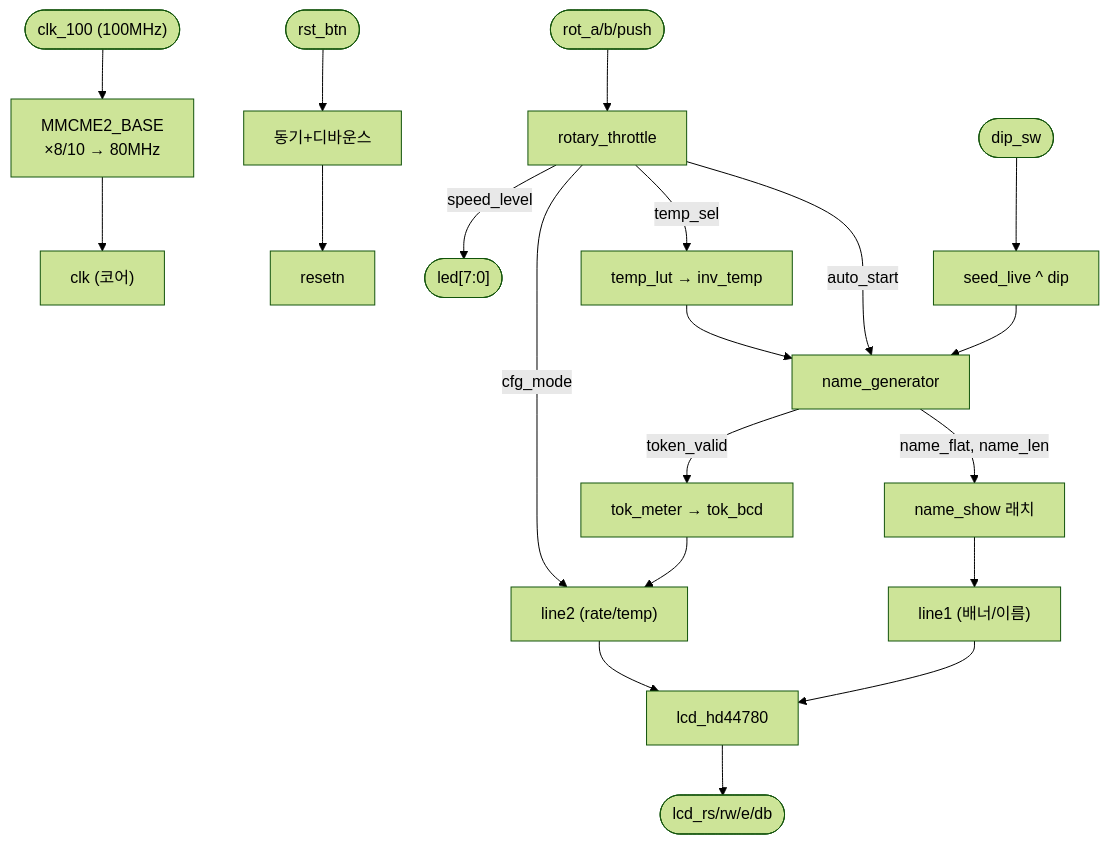
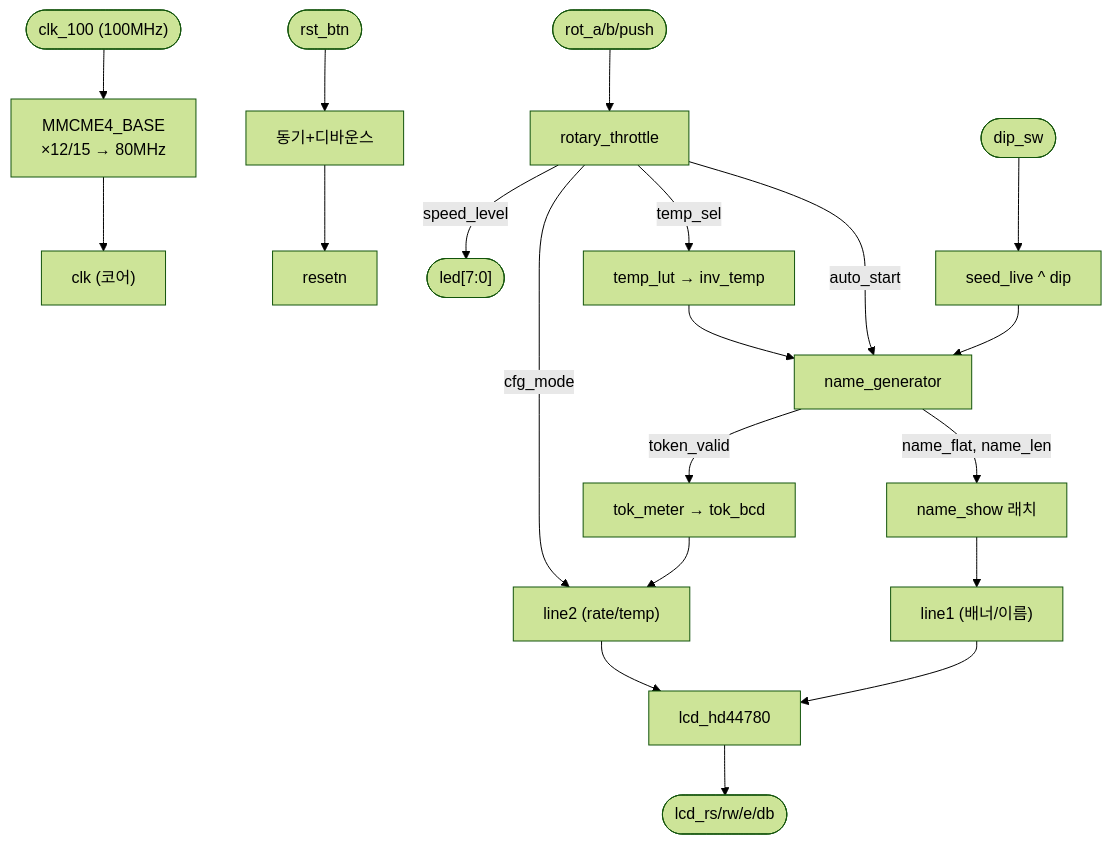
Before and after one commit to chorus96/gateGPT: the diagram in board/xupv5_microgpt_top.sv.kr.md, drawn with Mermaid (forest theme). The commit also changed other lines of this file and 9 other files, not shown here.

First line of the commit message:
Retarget the Vivado flow from Artix-7 to Kria K26 (Zynq UltraScale+)

````diff
--- a/board/xupv5_microgpt_top.sv.kr.md
+++ b/board/xupv5_microgpt_top.sv.kr.md
@@ -17,20 +17,20 @@
 ```mermaid
 flowchart TB
-    OSC(["clk_100 (100MHz)"]) --> DCM["MMCME2_BASE<br/>×8/10 → 80MHz"] --> CLK["clk (코어)"]
+    OSC(["clk_100 (100MHz)"]) --> DCM["MMCME4_BASE<br/>×12/15 → 80MHz"] --> CLK["clk (코어)"]
     RSTBTN(["rst_btn"]) --> RSTF["동기+디바운스"] --> RESETN["resetn"]
     ROT(["rot_a/b/push"]) --> RT["rotary_throttle"]
     RT -->|"auto_start"| GEN
     RT -->|"temp_sel"| TLUT["temp_lut → inv_temp"]
     DIP(["dip_sw"]) --> SEED["seed_live ^ dip"]
     SEED --> GEN
     TLUT --> GEN
     GEN["name_generator"] -->|"name_flat, name_len"| SHOW["name_show 래치"]
     GEN -->|"token_valid"| METER["tok_meter → tok_bcd"]
     SHOW --> L1["line1 (배너/이름)"]
     METER --> L2["line2 (rate/temp)"]
     RT -->|"cfg_mode"| L2
     L1 --> LCD["lcd_hd44780"]
     L2 --> LCD
     LCD --> PINS(["lcd_rs/rw/e/db"])
     RT -->|"speed_level"| LEDS(["led[7:0]"])
 ```
````
